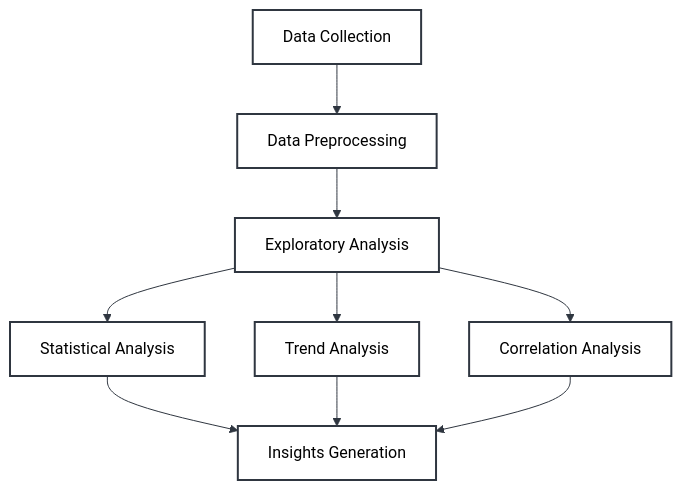
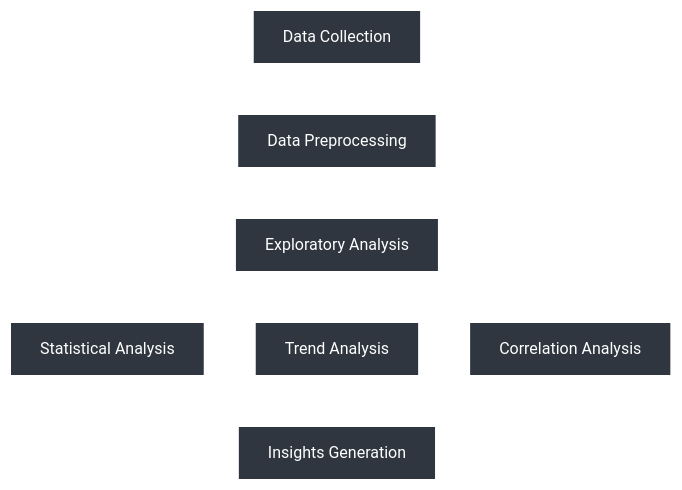
One commit to Izukushwaha/Movie-Scrapping-DA-Project changed the third of 5 diagrams in README.md. Above: the diagram before and after it, drawn with Mermaid. The commit also changed other lines of this file, not shown here.

Commit message:
Add README.md with license info

````diff
--- a/README.md
+++ b/README.md
@@ -50,20 +53,21 @@
 ```mermaid
-%%{init: {'theme': 'base', 'themeVariables': { 'primaryColor': '#ffffff', 'primaryTextColor': '#000000', 'primaryBorderColor': '#2f3640', 'lineColor': '#2f3640', 'fontSize': '16px'}}}%%
+%%{init: {'theme': 'base', 'themeVariables': { 'primaryColor': '#2f3640', 'primaryTextColor': '#ffffff', 'primaryBorderColor': '#ffffff', 'lineColor': '#ffffff', 'fontSize': '16px'}}}%%
 graph TD
     A[Data Collection] --> B[Data Preprocessing]
     B --> C[Exploratory Analysis]
     C --> D[Statistical Analysis]
     C --> E[Trend Analysis]
     C --> F[Correlation Analysis]
     D --> G[Insights Generation]
     E --> G
     F --> G
     
-    style A fill:#ffffff,stroke:#2f3640,stroke-width:2px
-    style B fill:#ffffff,stroke:#2f3640,stroke-width:2px
-    style C fill:#ffffff,stroke:#2f3640,stroke-width:2px
-    style D fill:#ffffff,stroke:#2f3640,stroke-width:2px
-    style E fill:#ffffff,stroke:#2f3640,stroke-width:2px
-    style F fill:#ffffff,stroke:#2f3640,stroke-width:2px
-    style G fill:#ffffff,stroke:#2f3640,stroke-width:2px
+    style A fill:#2f3640,stroke:#ffffff,stroke-width:2px,color:#ffffff
+    style B fill:#2f3640,stroke:#ffffff,stroke-width:2px,color:#ffffff
+    style C fill:#2f3640,stroke:#ffffff,stroke-width:2px,color:#ffffff
+    style D fill:#2f3640,stroke:#ffffff,stroke-width:2px,color:#ffffff
+    style E fill:#2f3640,stroke:#ffffff,stroke-width:2px,color:#ffffff
+    style F fill:#2f3640,stroke:#ffffff,stroke-width:2px,color:#ffffff
+    style G fill:#2f3640,stroke:#ffffff,stroke-width:2px,color:#ffffff
+
 ```
````
